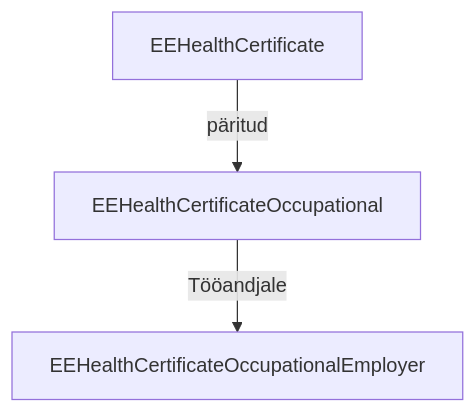
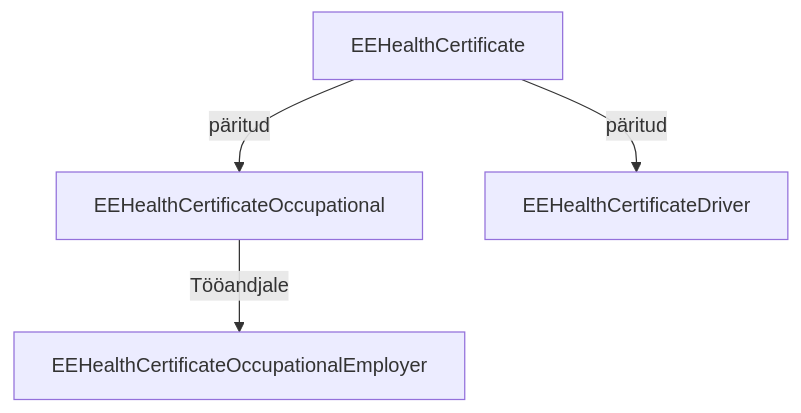
Before and after one commit to xlammer/ig-ee-hcert: the diagram in input/pagecontent/profiles.md, drawn with Mermaid. The commit also changed other lines of this file and 6 other files, not shown here.

Commit message:
Separate profile for driver health certificate. Updated terminology

````diff
--- a/input/pagecontent/profiles.md
+++ b/input/pagecontent/profiles.md
@@ -13,5 +7,6 @@
 ```mermaid
 graph TD
     EEHealthCertificate -->|päritud| EEHealthCertificateOccupational
+    EEHealthCertificate -->|päritud| EEHealthCertificateDriver
     EEHealthCertificateOccupational -->|Tööandjale| EEHealthCertificateOccupationalEmployer
 ```
````
